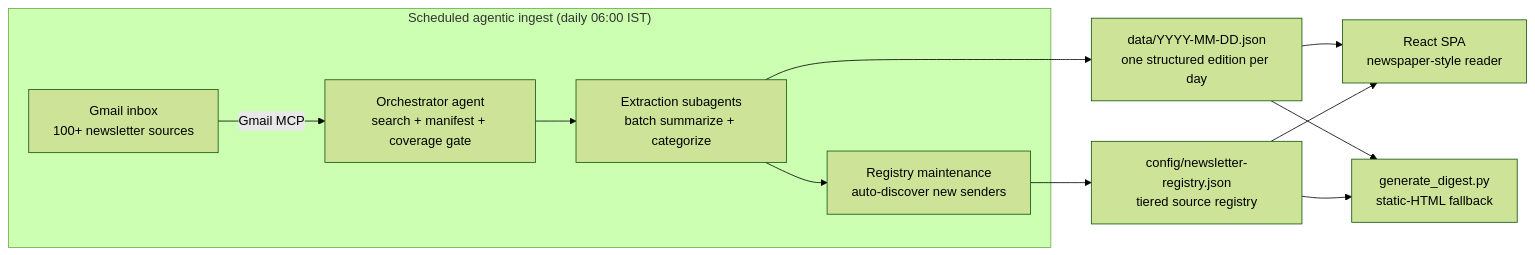
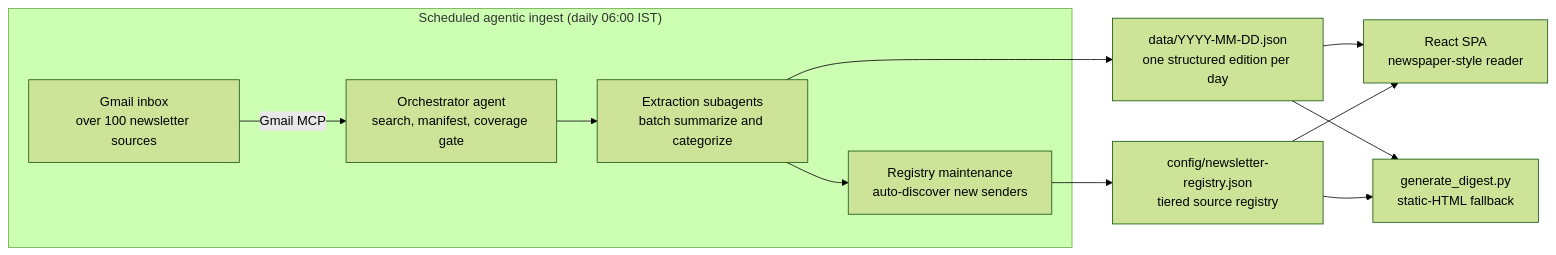
The diagram in README.md (agentneo16/daily-newsletter-digest), drawn with Mermaid (forest theme) before and after one commit. The commit also changed other lines of this file, not shown here.

````diff
--- a/README.md
+++ b/README.md
@@ -37,14 +37,14 @@
 ```mermaid
 flowchart LR
     subgraph ingest ["Scheduled agentic ingest (daily 06:00 IST)"]
-        A["Gmail inbox<br/>100+ newsletter sources"] -->|"Gmail MCP"| B["Orchestrator agent<br/>search + manifest + coverage gate"]
-        B --> C["Extraction subagents<br/>batch summarize + categorize"]
+        A["Gmail inbox<br/>over 100 newsletter sources"] -->|"Gmail MCP"| B["Orchestrator agent<br/>search, manifest, coverage gate"]
+        B --> C["Extraction subagents<br/>batch summarize and categorize"]
         C --> D["Registry maintenance<br/>auto-discover new senders"]
     end
     C --> E["data/YYYY-MM-DD.json<br/>one structured edition per day"]
     D --> F["config/newsletter-registry.json<br/>tiered source registry"]
     E --> G["React SPA<br/>newspaper-style reader"]
     F --> G
     E --> H["generate_digest.py<br/>static-HTML fallback"]
     F --> H
 ```
````
